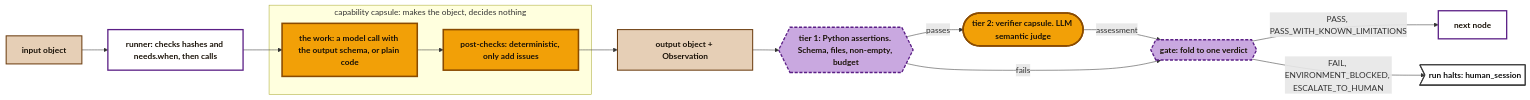
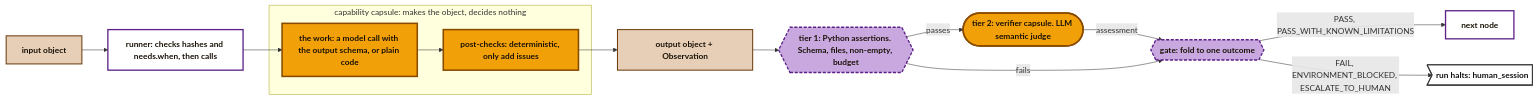
The second of 6 diagrams in docs/architecture/m1-design.md (Stellven/jiuwenswarm), drawn with Mermaid before and after one commit. The commit also changed other lines of this file and 32 other files, not shown here.

````diff
--- a/docs/architecture/m1-design.md
+++ b/docs/architecture/m1-design.md
@@ -88,21 +81,21 @@
 ```mermaid
 flowchart LR
     IN["input object"]:::rec --> RN["runner: checks hashes and needs.when, then calls"]:::ctrl
     subgraph CAP["capability capsule: makes the object, decides nothing"]
         M["the work: a model call with the output schema, or plain code"]:::cc --> POST["post-checks: deterministic, only add issues"]:::cc
     end
     RN --> M
     POST --> OBJ["output object + Observation"]:::rec
     OBJ --> T1{{"tier 1: Python assertions. Schema, files, non-empty, budget"}}:::gate
     T1 -->|"passes"| T2(["tier 2: verifier capsule. LLM semantic judge"]):::cc
-    T2 -->|"assessment"| V{{"gate: fold to one verdict"}}:::gate
+    T2 -->|"assessment"| V{{"gate: fold to one outcome"}}:::gate
     T1 -->|"fails"| V
     V -->|"PASS, PASS_WITH_KNOWN_LIMITATIONS"| NEXT["next node"]:::ctrl
     V -->|"FAIL, ENVIRONMENT_BLOCKED, ESCALATE_TO_HUMAN"| HS>"run halts: human_session"]:::ext
 
     classDef cc fill:#F2A007,stroke:#8A4B00,stroke-width:3px,color:#1a1208,font-weight:bold
     classDef gate fill:#C9A8E0,stroke:#5B1F86,stroke-width:2.5px,stroke-dasharray:6 3,color:#1a1208,font-weight:bold
     classDef ctrl fill:#ffffff,stroke:#5B1F86,stroke-width:2.5px,color:#1a1208,font-weight:bold
     classDef rec fill:#E6CFB6,stroke:#6E3F12,stroke-width:2px,color:#1a1208,font-weight:bold
     classDef ext fill:#ffffff,stroke:#3b3b3b,stroke-width:2px,color:#111111,font-weight:bold
 ```
````
